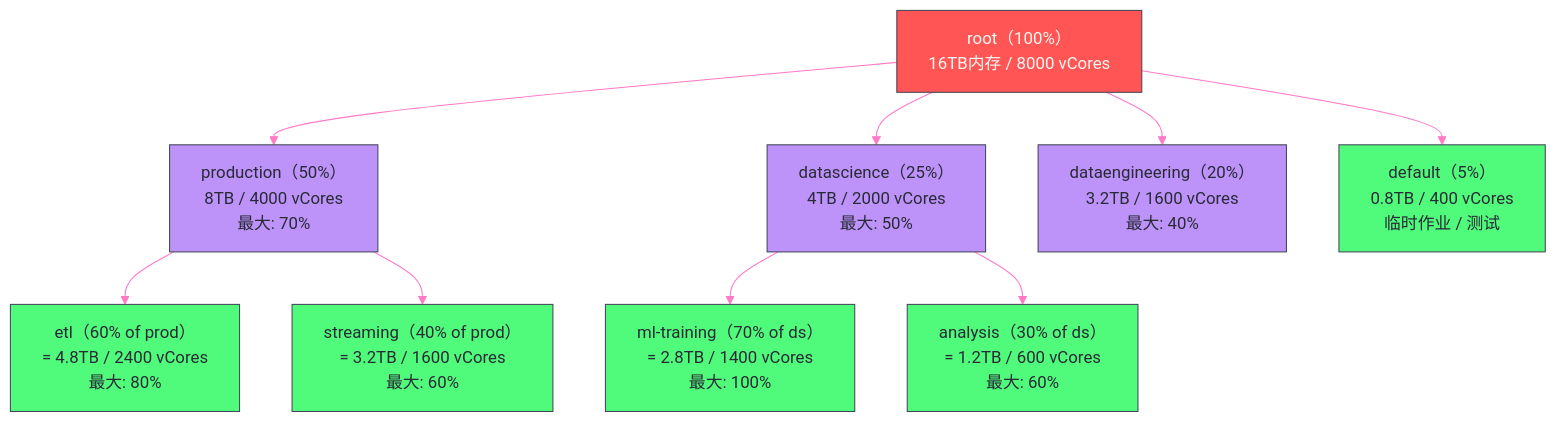
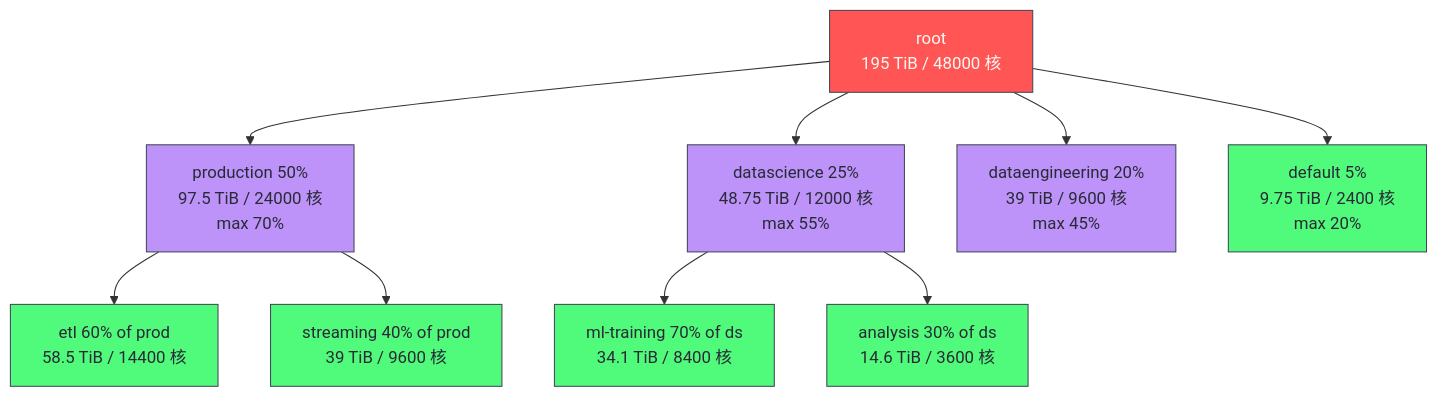
One commit to hpliStartAgain/my-brain changed the second of 5 diagrams in content/大数据/Hadoop/Yarn/09 YARN 性能调优与生产实践——队列规划、调度优化与 Kubernetes 展望.md. Above: the diagram before and after it, drawn with Mermaid. The commit also changed other lines of this file and 455 other files, not shown here.

````diff
--- a/content/大数据/Hadoop/Yarn/09 YARN 性能调优与生产实践——队列规划、调度优化与 Kubernetes 展望.md
+++ b/content/大数据/Hadoop/Yarn/09 YARN 性能调优与生产实践——队列规划、调度优化与 Kubernetes 展望.md
@@ -117,30 +255,27 @@
 ```mermaid
-%%{init: {'theme': 'base', 'themeVariables': {'primaryColor': '#6272a4', 'primaryTextColor': '#f8f8f2', 'primaryBorderColor': '#bd93f9', 'lineColor': '#ff79c6', 'secondaryColor': '#44475a', 'tertiaryColor': '#282a36'}}}%%
+%%{init: {'theme': 'dracula'}}%%
 graph TD
-    Root["root（100%）</br>16TB内存 / 8000 vCores"]
-    Prod["production（50%）</br>8TB / 4000 vCores</br>最大: 70%"]
-    DS["datascience（25%）</br>4TB / 2000 vCores</br>最大: 50%"]
-    DE["dataengineering（20%）</br>3.2TB / 1600 vCores</br>最大: 40%"]
-    Default["default（5%）</br>0.8TB / 400 vCores</br>临时作业 / 测试"]
-    ETL["etl（60% of prod）</br>= 4.8TB / 2400 vCores</br>最大: 80%"]
-    Streaming["streaming（40% of prod）</br>= 3.2TB / 1600 vCores</br>最大: 60%"]
-    ML["ml-training（70% of ds）</br>= 2.8TB / 1400 vCores</br>最大: 100%"]
-    Analysis["analysis（30% of ds）</br>= 1.2TB / 600 vCores</br>最大: 60%"]
-
-    Root --> Prod
-    Root --> DS
-    Root --> DE
-    Root --> Default
-    Prod --> ETL
-    Prod --> Streaming
+    ROOT["root<br/>195 TiB / 48000 核"]
+    PROD["production 50%<br/>97.5 TiB / 24000 核<br/>max 70%"]
+    DS["datascience 25%<br/>48.75 TiB / 12000 核<br/>max 55%"]
+    DE["dataengineering 20%<br/>39 TiB / 9600 核<br/>max 45%"]
+    DEF["default 5%<br/>9.75 TiB / 2400 核<br/>max 20%"]
+    ETL["etl 60% of prod<br/>58.5 TiB / 14400 核"]
+    STREAM["streaming 40% of prod<br/>39 TiB / 9600 核"]
+    ML["ml-training 70% of ds<br/>34.1 TiB / 8400 核"]
+    ANA["analysis 30% of ds<br/>14.6 TiB / 3600 核"]
+    ROOT --> PROD
+    ROOT --> DS
+    ROOT --> DE
+    ROOT --> DEF
+    PROD --> ETL
+    PROD --> STREAM
     DS --> ML
-    DS --> Analysis
-
-    classDef root fill:#ff5555,stroke:#44475a,color:#f8f8f2
+    DS --> ANA
+    classDef rootNode fill:#ff5555,stroke:#44475a,color:#f8f8f2
     classDef parent fill:#bd93f9,stroke:#44475a,color:#282a36
     classDef leaf fill:#50fa7b,stroke:#44475a,color:#282a36
-
-    class Root root
-    class Prod,DS,DE parent
-    class ETL,Streaming,ML,Analysis,Default leaf
+    class ROOT rootNode
+    class PROD,DS,DE parent
+    class ETL,STREAM,ML,ANA,DEF leaf
 ```
````
